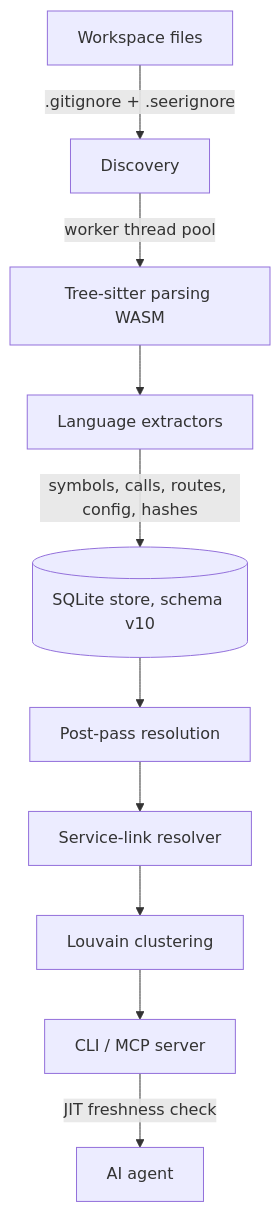
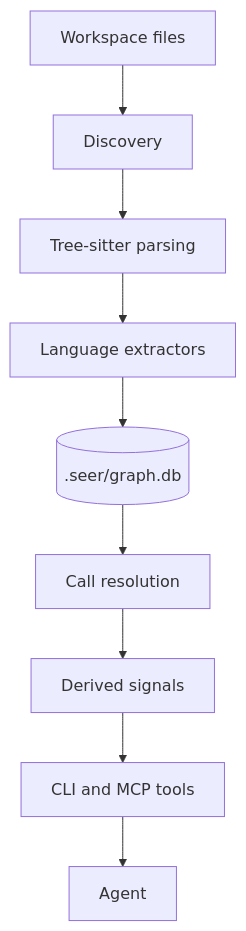
One commit to vladimirhegai/Seer-MCP changed the first of 2 diagrams in docs/architecture.md. Above: the diagram before and after it, drawn with Mermaid. The commit also changed other lines of this file and 27 other files, not shown here.

Commit message:
feat: add agent metadata, ambiguity bounds, and namespace support to MCP server

````diff
--- a/docs/architecture.md
+++ b/docs/architecture.md
@@ -12,12 +8,11 @@
 ```mermaid
 flowchart TD
-    A[Workspace files] -->|.gitignore + .seerignore| B[Discovery]
-    B -->|worker thread pool| C[Tree-sitter parsing WASM]
+    A[Workspace files] --> B[Discovery]
+    B --> C[Tree-sitter parsing]
     C --> D[Language extractors]
-    D -->|symbols, calls, routes, config, hashes| E[(SQLite store, schema v10)]
-    E --> F[Post-pass resolution]
-    F --> G[Service-link resolver]
-    G --> H[Louvain clustering]
-    H --> I[CLI / MCP server]
-    I -->|JIT freshness check| J[AI agent]
+    D --> E[(.seer/graph.db)]
+    E --> F[Call resolution]
+    F --> G[Derived signals]
+    G --> H[CLI and MCP tools]
+    H --> I[Agent]
 ```
````
